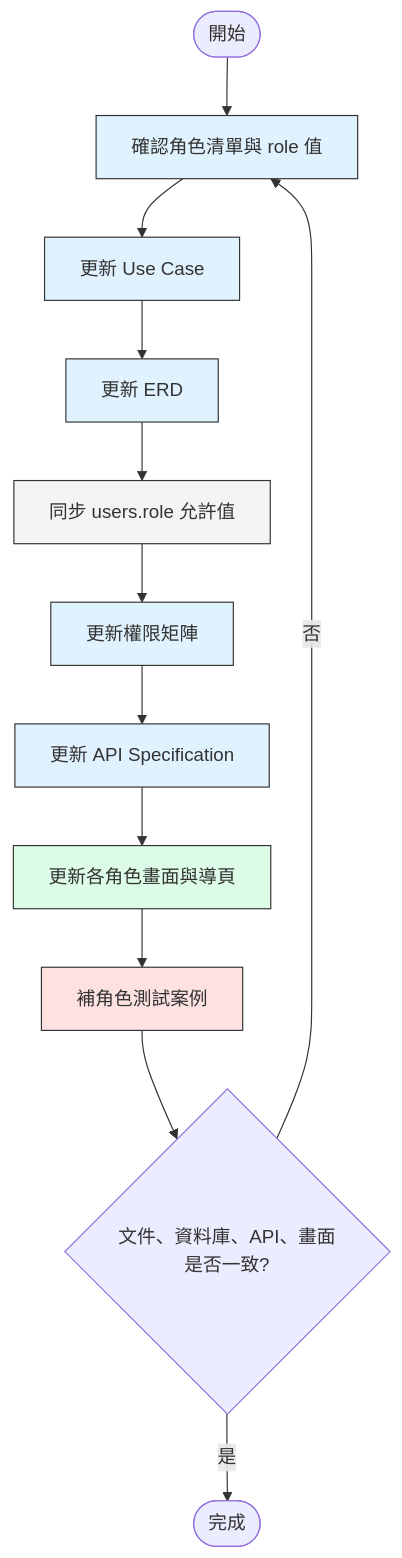
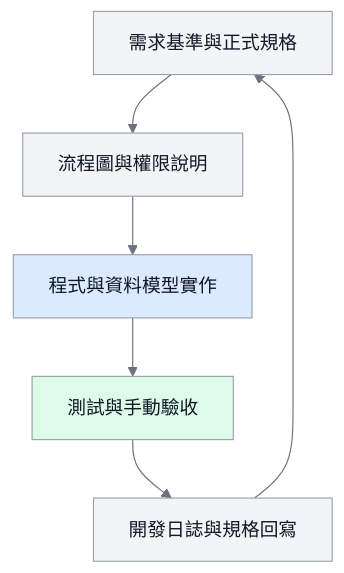
One commit to vujhdcusa/1028 changed the eighth of 8 diagrams in docs/04_圖表與介面/diagrams.md. Above: the diagram before and after it, drawn with Mermaid. The commit also changed other lines of this file and 16 other files, not shown here.

Commit message:
docs: correct learning portfolio flow diagrams

````diff
--- a/docs/04_圖表與介面/diagrams.md
+++ b/docs/04_圖表與介面/diagrams.md
@@ -353,19 +168,13 @@
 ```mermaid
+%%{init: {'theme':'base','themeVariables': {'fontFamily':'Microsoft JhengHei, Noto Sans TC, Arial, sans-serif','primaryColor':'#F3F4F6','primaryTextColor':'#111827','primaryBorderColor':'#9CA3AF','lineColor':'#6B7280','edgeLabelBackground':'#FFFFFF'}}}%%
 flowchart TD
-    classDef docs fill:#E0F2FE,stroke:#333;
-    classDef db fill:#F3F4F6,stroke:#333;
-    classDef dev fill:#DCFCE7,stroke:#333;
-    classDef check fill:#FEE2E2,stroke:#333;
+    classDef doc fill:#F3F4F6,stroke:#9CA3AF,color:#111827,stroke-width:1px;
+    classDef dev fill:#DBEAFE,stroke:#9CA3AF,color:#111827,stroke-width:1px;
+    classDef check fill:#DCFCE7,stroke:#9CA3AF,color:#111827,stroke-width:1px;
 
-    Start([開始]) --> Roles[確認角色清單與 role 值]:::docs
-    Roles --> UseCase[更新 Use Case]:::docs
-    UseCase --> ERD[更新 ERD]:::docs
-    ERD --> UserRole[同步 users.role 允許值]:::db
-    UserRole --> Permission[更新權限矩陣]:::docs
-    Permission --> API[更新 API Specification]:::docs
-    API --> UI[更新各角色畫面與導頁]:::dev
-    UI --> Tests[補角色測試案例]:::check
-    Tests --> Decision{文件、資料庫、API、畫面是否一致?}
-    Decision -- 否 --> Roles
-    Decision -- 是 --> End([完成])
+    Requirement[需求基準與正式規格]:::doc --> Diagram[流程圖與權限說明]:::doc
+    Diagram --> Build[程式與資料模型實作]:::dev
+    Build --> Verify[測試與手動驗收]:::check
+    Verify --> Log[開發日誌與規格回寫]:::doc
+    Log --> Requirement
 ```
````
